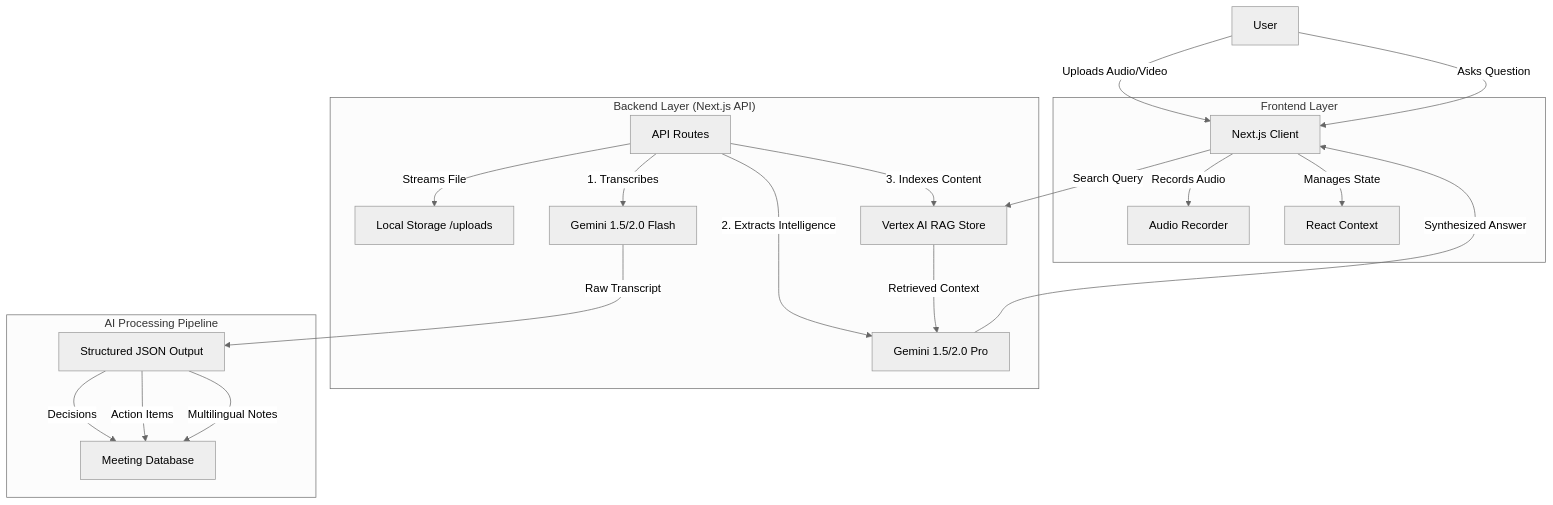
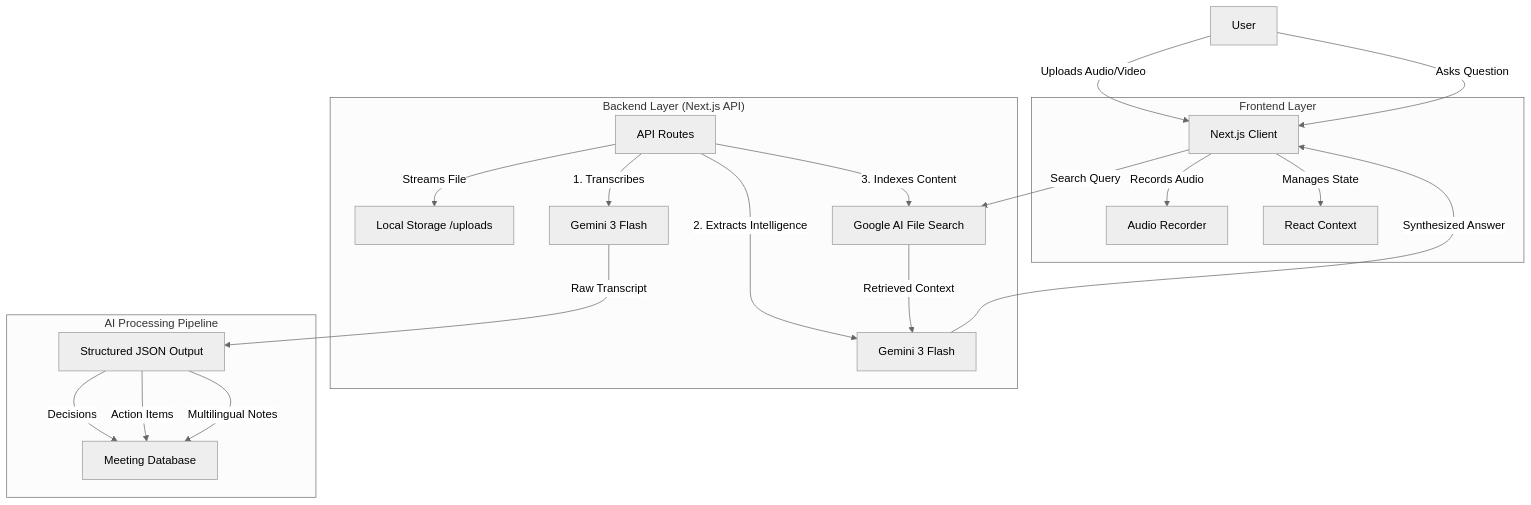
The second of 2 diagrams in README.md (kongjiyu/remembry), drawn with Mermaid (neutral theme) before and after one commit. The commit also changed other lines of this file and 2 other files, not shown here.

Commit message:
feat: add example environment configuration and update README for Next.js 16 and Google AI File Search

````diff
--- a/README.md
+++ b/README.md
@@ -92,28 +92,28 @@
 ```mermaid
 graph TD
     User[User] -->|Uploads Audio/Video| Client[Next.js Client]
   
     subgraph "Frontend Layer"
         Client -->|Records Audio| Recorder[Audio Recorder]
         Client -->|Manages State| Context[React Context]
     end
   
     subgraph "Backend Layer (Next.js API)"
         API[API Routes] -->|Streams File| Storage[Local Storage /uploads]
-        API -->|1. Transcribes| GeminiFlash[Gemini 1.5/2.0 Flash]
-        API -->|2. Extracts Intelligence| GeminiPro[Gemini 1.5/2.0 Pro]
-        API -->|3. Indexes Content| VertexRAG[Vertex AI RAG Store]
+        API -->|1. Transcribes| GeminiFlash[Gemini 3 Flash]
+        API -->|2. Extracts Intelligence| GeminiPro[Gemini 3 Flash]
+        API -->|3. Indexes Content| FileSearch[Google AI File Search]
     end
   
     subgraph "AI Processing Pipeline"
         GeminiFlash -->|Raw Transcript| JSON[Structured JSON Output]
         JSON -->|Decisions| DB[Meeting Database]
         JSON -->|Action Items| DB
         JSON -->|Multilingual Notes| DB
     end
   
     User -->|Asks Question| Client
-    Client -->|Search Query| VertexRAG
-    VertexRAG -->|Retrieved Context| GeminiPro
+    Client -->|Search Query| FileSearch
+    FileSearch -->|Retrieved Context| GeminiPro
     GeminiPro -->|Synthesized Answer| Client
 ```
````
